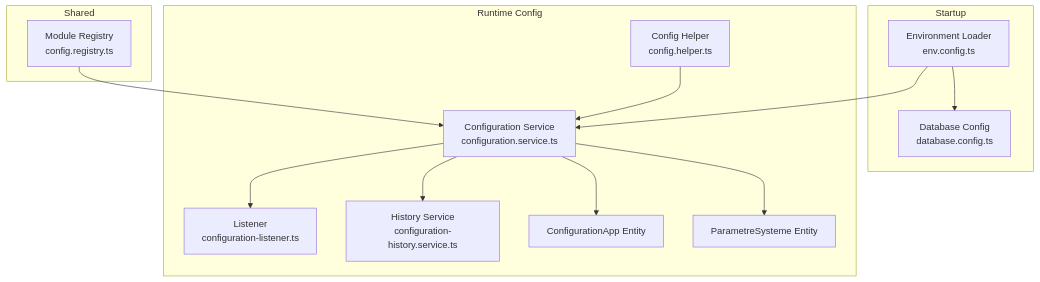
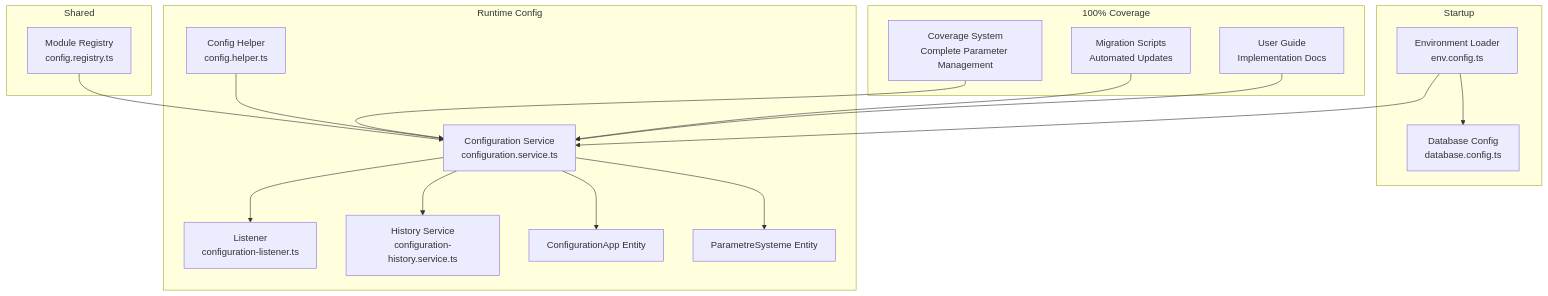
Before and after one commit to franckylab/eLISAschool: the first of 12 diagrams in .qoder/repowiki/en/content/Configuration & Environment Management.md, drawn with Mermaid. The commit also changed other lines of this file and 155 other files, not shown here.

````diff
--- a/.qoder/repowiki/en/content/Configuration & Environment Management.md
+++ b/.qoder/repowiki/en/content/Configuration & Environment Management.md
@@ -40,26 +58,34 @@
 ```mermaid
 graph TB
 subgraph "Startup"
 ENV["Environment Loader<br/>env.config.ts"]
 DB["Database Config<br/>database.config.ts"]
 end
 subgraph "Shared"
 REG["Module Registry<br/>config.registry.ts"]
 end
 subgraph "Runtime Config"
 SVC["Configuration Service<br/>configuration.service.ts"]
 LSN["Listener<br/>configuration-listener.ts"]
 HIS["History Service<br/>configuration-history.service.ts"]
 HELPER["Config Helper<br/>config.helper.ts"]
 ENT_APP["ConfigurationApp Entity"]
 ENT_PARAM["ParametreSysteme Entity"]
 end
+subgraph "100% Coverage"
+COV["Coverage System<br/>Complete Parameter Management"]
+MIG["Migration Scripts<br/>Automated Updates"]
+DOC["User Guide<br/>Implementation Docs"]
+end
 ENV --> DB
 ENV --> SVC
 REG --> SVC
 SVC --> ENT_APP
 SVC --> ENT_PARAM
 SVC --> LSN
 SVC --> HIS
 HELPER --> SVC
+COV --> SVC
+MIG --> SVC
+DOC --> SVC
 ```
````
